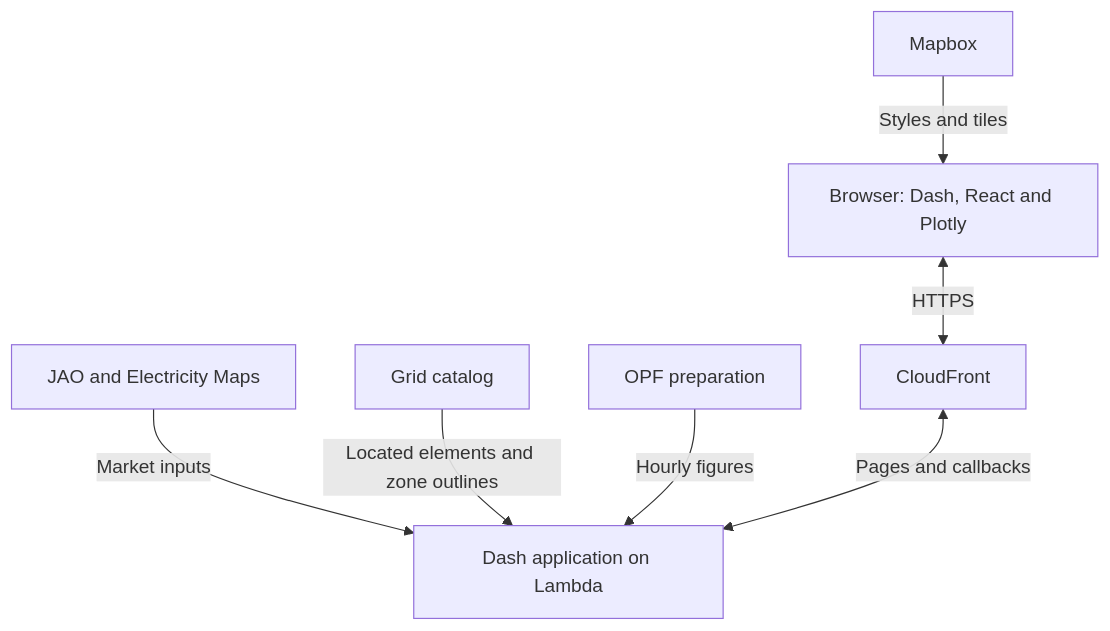
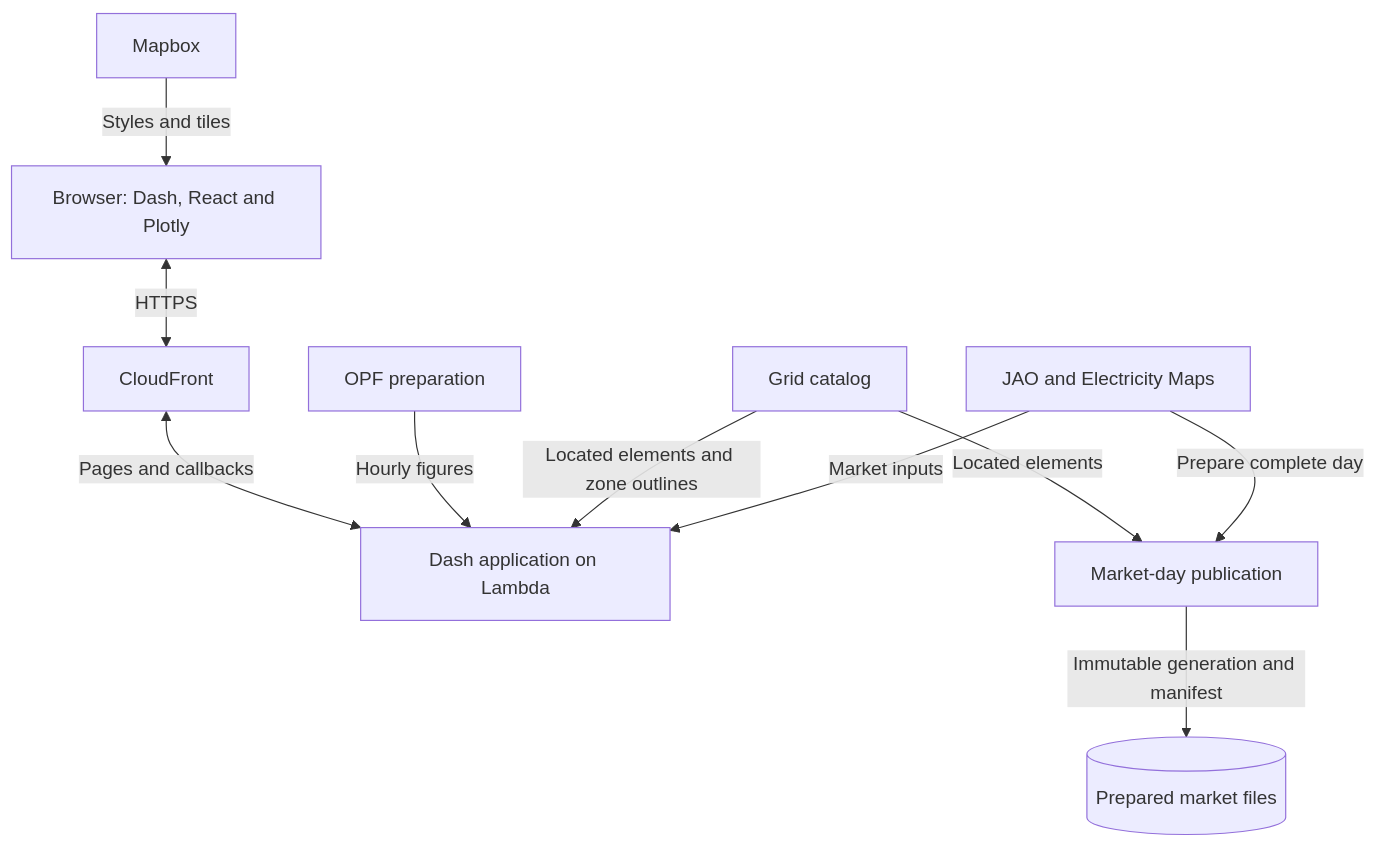
The diagram in README.md (zoltanmaric/coppersushi), drawn with Mermaid before and after one commit. The commit also changed other lines of this file and 15 other files, not shown here.

First line of the commit message:
Publish complete market days as immutable browser data (#224)

````diff
--- a/README.md
+++ b/README.md
@@ -31,11 +31,15 @@
 ```mermaid
 flowchart TB
     market["JAO and Electricity Maps"] -->|Market inputs| server["Dash application on Lambda"]
     catalog["Grid catalog"] -->|Located elements and zone outlines| server
     opf["OPF preparation"] -->|Hourly figures| server
     edge["CloudFront"] <-->|Pages and callbacks| server
     browser["Browser: Dash, React and Plotly"] <-->|HTTPS| edge
     maps["Mapbox"] -->|Styles and tiles| browser
+    market -->|Prepare complete day| publication["Market-day publication"]
+    catalog -->|Located elements| publication
+    publication -->|Immutable generation and manifest| prepared[("Prepared market files")]
+    click publication "https://github.com/zoltanmaric/coppersushi/blob/main/coppersushi/publication/README.md" "Publication architecture"
     click catalog "https://github.com/zoltanmaric/coppersushi/blob/main/coppersushi/grid_catalog/README.md" "Grid catalog architecture"
     click opf "https://github.com/zoltanmaric/coppersushi/blob/main/coppersushi/opf/README.md" "OPF architecture"
 ```
````
